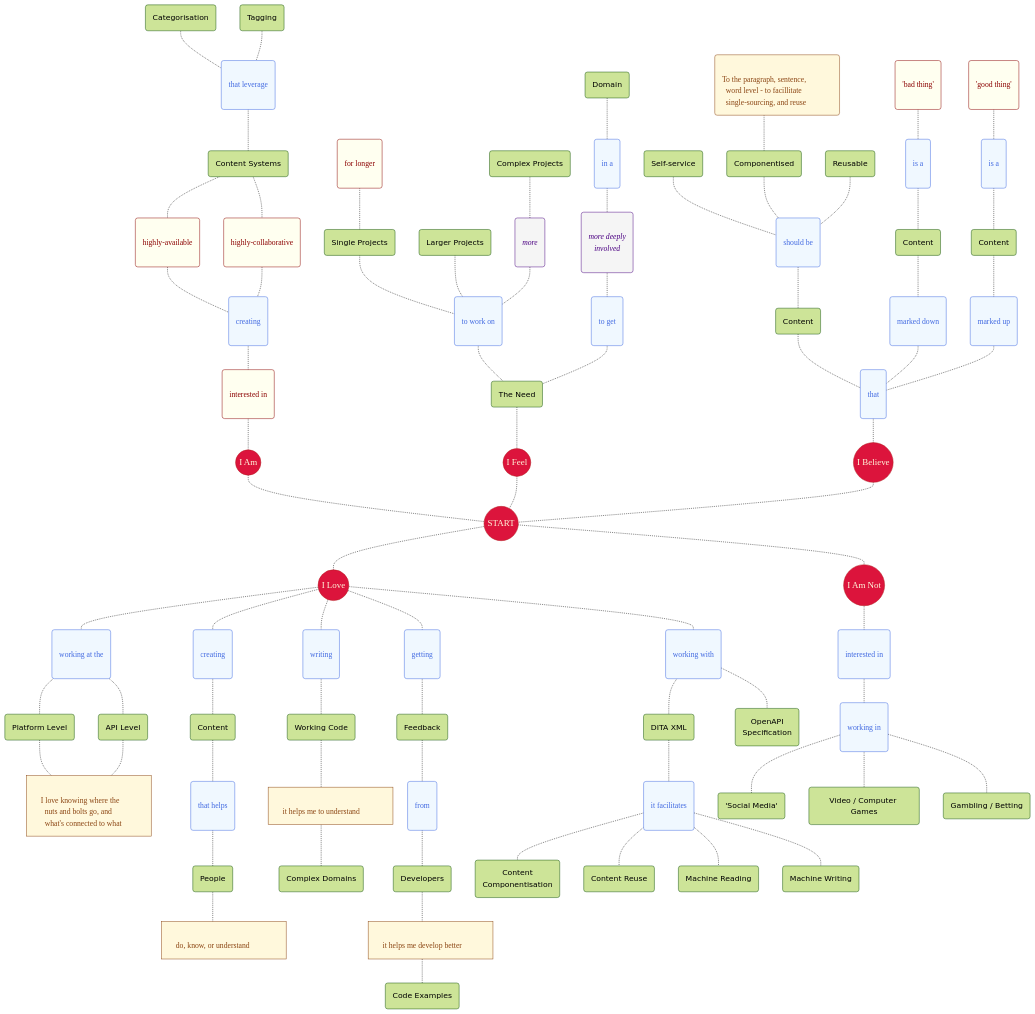
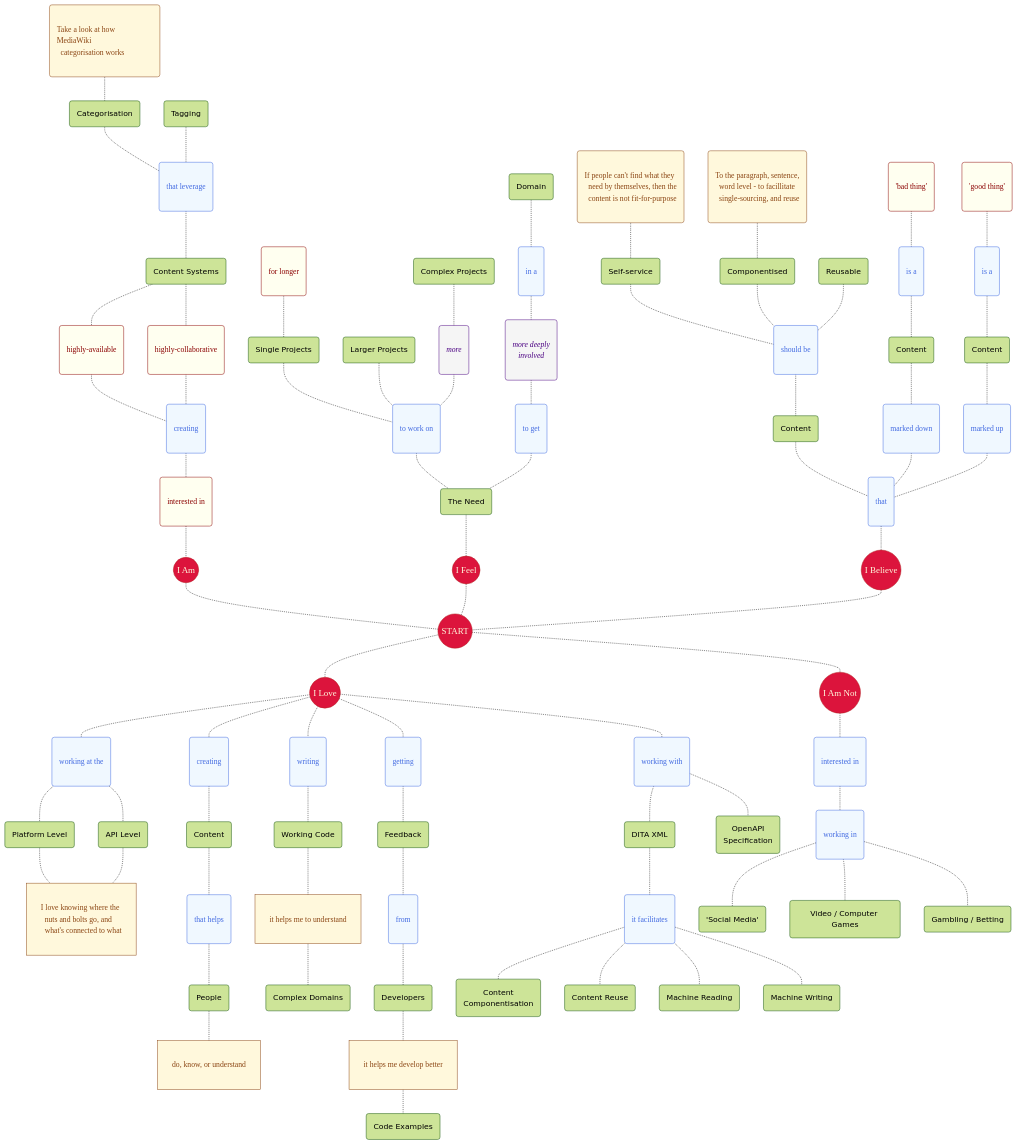
Before and after one commit to joe-dorward/samples: the diagram in my_mermaid_mindmap.md, drawn with Mermaid.

```diff
--- a/my_mermaid_mindmap.md
+++ b/my_mermaid_mindmap.md
@@ -10,8 +10,17 @@
   classDef Adverb fill:whitesmoke, color:indigo, stroke:indigo, font-family:verdana, font-style:italic, padding:0px 4px;
   classDef Adjective fill:ivory, color:darkred, stroke:darkred, font-family:verdana, padding:0px 4px;
   %%classDef Note fill:cornsilk, stroke:saddlebrown, color:saddlebrown, font-family:verdana, text-align:left, padding:0px 18px 0px 6px;
-  classDef Note fill:cornsilk, stroke:saddlebrown, color:saddlebrown, font-family:verdana, text-align:left, width:260px, padding-left:9px;
+  classDef Note fill:cornsilk, stroke:saddlebrown, color:saddlebrown, font-family:verdana, text-align:left, padding-left:9px, padding-right:9px;
 
+  SELF_SERVICE_NOTE("If people can't find what they<br/>&ensp;need by themselves, then the<br/>&ensp;content is not fit-for-purpose")
+  CATEGORISATION_NOTE("Take a look at how MediaWiki&ensp;<br/>&ensp;categorisation works")
+  COMPONENTISED_NOTE("To the paragraph, sentence,<br/>&ensp;word level - to facillitate<br/>&ensp;single-sourcing, and reuse")
+
+  class SELF_SERVICE_NOTE,CATEGORISATION_NOTE,COMPONENTISED_NOTE Note;
+
+  SELF_SERVICE_NOTE-.-SELF_SERVICE
+  CATEGORISATION_NOTE-.-CATEGORISATION
+  COMPONENTISED_NOTE-.-COMPONENTISED
   %% ========== ========== ========== ========== ==========
   I_AM(("I Am")):::Start
   I_AM-.-START
@@ -93,10 +102,6 @@
 
   SELF_SERVICE-.-SHOULD_BE_1-.-CONTENT_1-.-THAT_1-.-I_BELIEVE
 
-  COMPONENTISED_NOTE("To the paragraph, sentence,<br/>&ensp;word level - to facillitate<br/>&ensp;single-sourcing, and reuse")
-  class COMPONENTISED_NOTE Note;
-
-  COMPONENTISED_NOTE-.-
   COMPONENTISED-.-SHOULD_BE_1
   REUSABLE-.-SHOULD_BE_1
 
```
